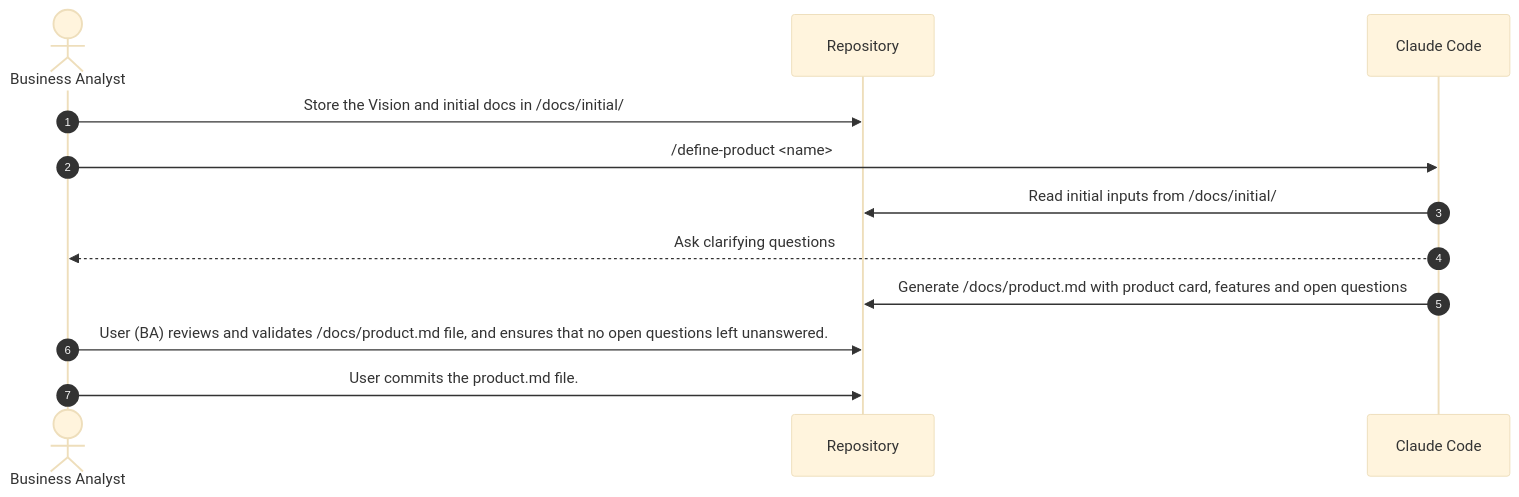
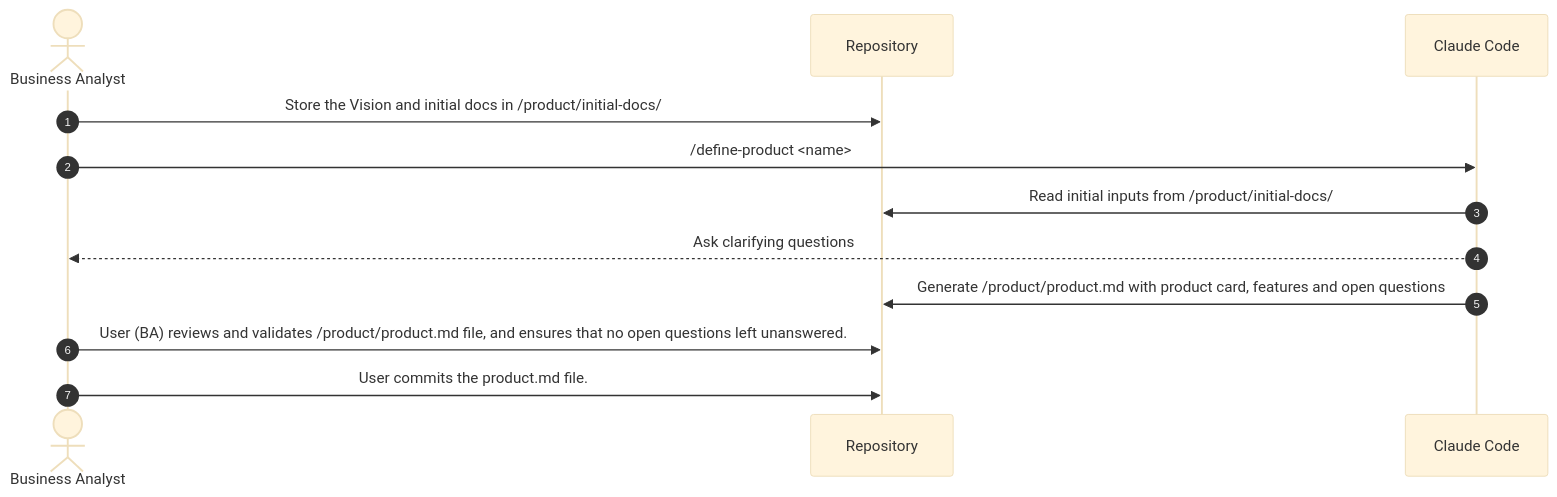
The second of 5 diagrams in README.md (andpush/product-flow), drawn with Mermaid (base theme) before and after one commit. The commit also changed other lines of this file, not shown here.

````diff
--- a/README.md
+++ b/README.md
@@ -128,20 +129,20 @@
 ```mermaid
 sequenceDiagram
     autonumber
     actor U as Business Analyst
     participant R as Repository
     participant C as Claude Code
 
 
     %% Discovery & Definition phase
-    U->>R: Store the Vision and initial docs in /docs/initial/
+    U->>R: Store the Vision and initial docs in /product/initial-docs/
     U->>C: /define-product <name>
-    C->>R: Read initial inputs from /docs/initial/
+    C->>R: Read initial inputs from /product/initial-docs/
     C-->>U: Ask clarifying questions
-    C->>R: Generate /docs/product.md with product card, features and open questions
+    C->>R: Generate /product/product.md with product card, features and open questions
 
     %% High Level definition verification
-    U->>R: User (BA) reviews and validates /docs/product.md file, and ensures that no open questions left unanswered.
+    U->>R: User (BA) reviews and validates /product/product.md file, and ensures that no open questions left unanswered.
     U->>R: User commits the product.md file.
 
 ```
````
